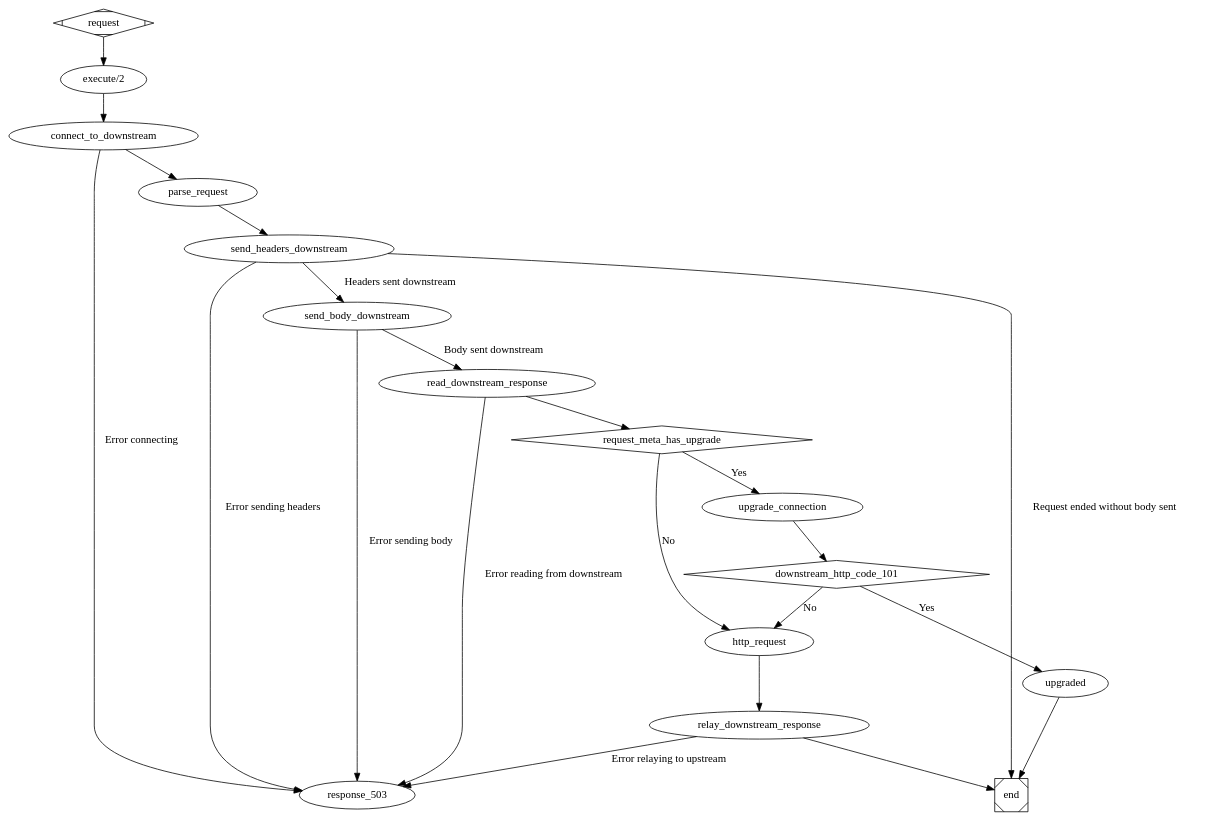
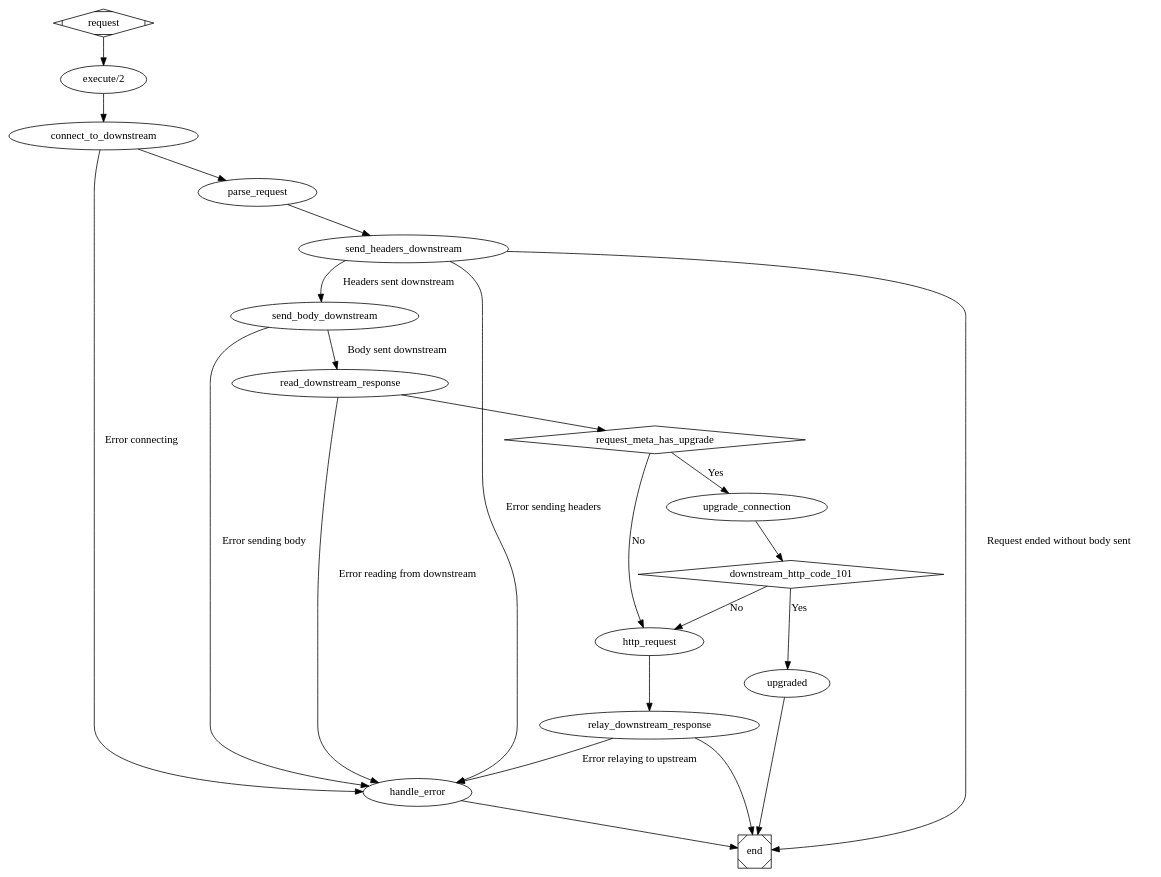
One commit to heroku/vegur changed the diagram in doc/vegur_proxy_middleware.dot. Above: the diagram before and after it, drawn with Graphviz.

Commit message:
Fix proxy dot file to reflect changes in Vegur.

```diff
--- a/doc/vegur_proxy_middleware.dot
+++ b/doc/vegur_proxy_middleware.dot
@@ -1,35 +1,36 @@
 digraph vegur_proxy_middleware {
         request [shape=Mdiamond];
         execute [label="execute/2"]
         request -> execute;
         execute -> connect_to_downstream;
 
-        connect_to_downstream -> response_503 [label="Error connecting"];
+        connect_to_downstream -> handle_error [label="Error connecting"];
         connect_to_downstream -> parse_request -> send_headers_downstream;
 
-        send_headers_downstream -> response_503 [label="Error sending headers"];
+        send_headers_downstream -> handle_error [label="Error sending headers"];
         send_headers_downstream -> end [label="Request ended without body sent"];
         send_headers_downstream -> send_body_downstream [label="Headers sent downstream"];
 
-        send_body_downstream -> response_503 [label="Error sending body"];
+        send_body_downstream -> handle_error [label="Error sending body"];
         send_body_downstream -> read_downstream_response [label="Body sent downstream"];
 
-        read_downstream_response -> response_503 [label="Error reading from downstream"];
+        read_downstream_response -> handle_error [label="Error reading from downstream"];
         read_downstream_response -> request_meta_has_upgrade;
 
         # Upgrade
         request_meta_has_upgrade [shape=diamond];
         request_meta_has_upgrade -> upgrade_connection [label="Yes"];
         upgrade_connection -> downstream_http_code_101;
         downstream_http_code_101 [shape=diamond];
         downstream_http_code_101 -> upgraded [label="Yes"];
         upgraded -> end;
         downstream_http_code_101 -> http_request [label="No"];
 
         # HTTP request
         request_meta_has_upgrade -> http_request [label="No"];
         http_request -> relay_downstream_response;
-        relay_downstream_response -> response_503 [label="Error relaying to upstream"];
+        relay_downstream_response -> handle_error [label="Error relaying to upstream"];
         relay_downstream_response -> end;
+        handle_error -> end;
         end [shape=Msquare];
 }
```
